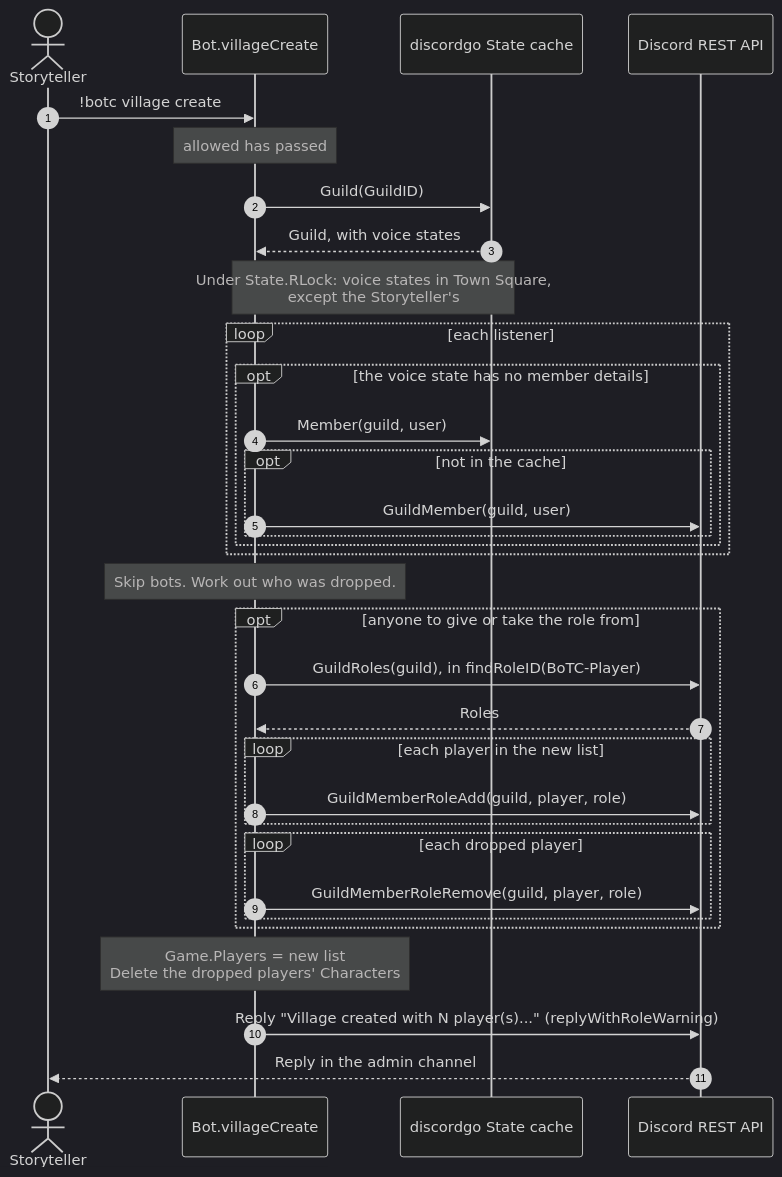
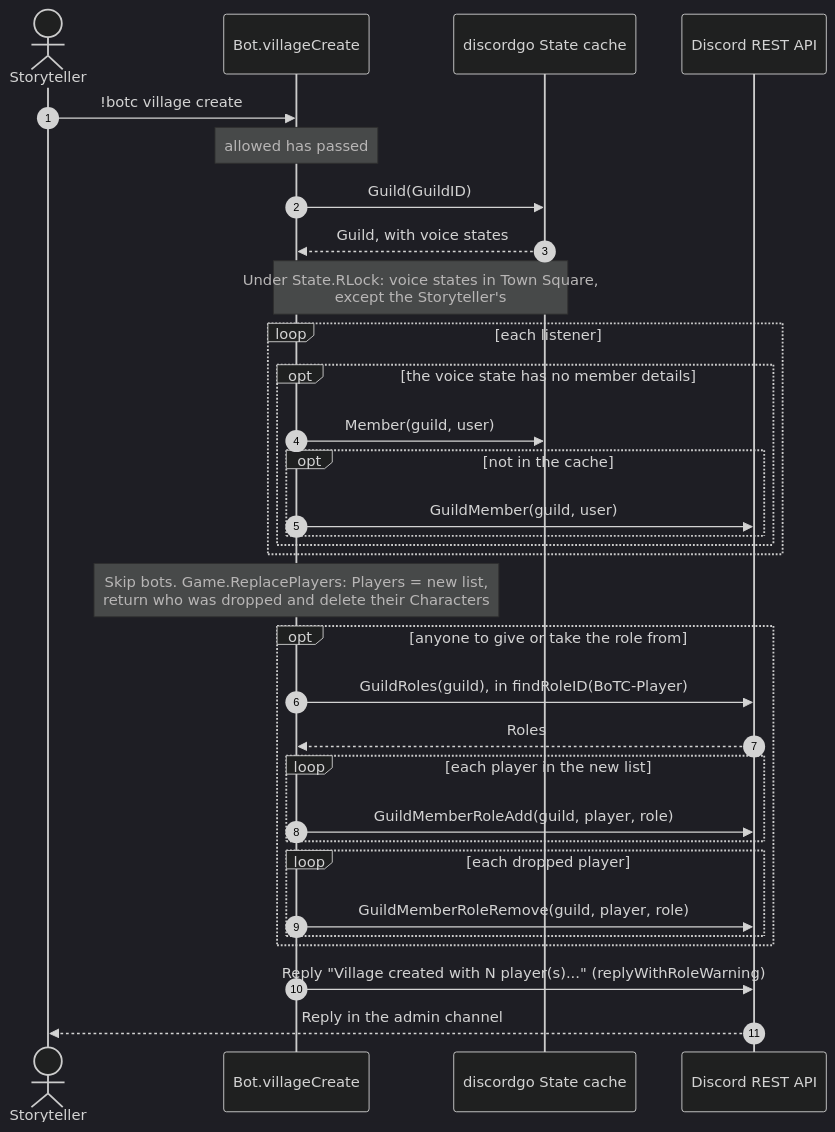
The third of 5 diagrams in docs/uml/village.md (RAGNOARAKNOS/BotOnTheClocktower), drawn with Mermaid (dark theme) before and after one commit. The commit also changed other lines of this file and 9 other files, not shown here.

````diff
--- a/docs/uml/village.md
+++ b/docs/uml/village.md
@@ -54,36 +53,35 @@
 ```mermaid
 sequenceDiagram
     autonumber
     actor ST as Storyteller
     participant Bot as Bot.villageCreate
     participant State as discordgo State cache
     participant REST as Discord REST API
 
     ST->>Bot: !botc village create
     Note over Bot: allowed has passed
     Bot->>State: Guild(GuildID)
     State-->>Bot: Guild, with voice states
     Note over Bot,State: Under State.RLock: voice states in Town Square,<br/>except the Storyteller's
     loop each listener
         opt the voice state has no member details
             Bot->>State: Member(guild, user)
             opt not in the cache
                 Bot->>REST: GuildMember(guild, user)
             end
         end
     end
-    Note over Bot: Skip bots. Work out who was dropped.
+    Note over Bot: Skip bots. Game.ReplacePlayers: Players = new list,<br/>return who was dropped and delete their Characters
     opt anyone to give or take the role from
         Bot->>REST: GuildRoles(guild), in findRoleID(BoTC-Player)
         REST-->>Bot: Roles
         loop each player in the new list
             Bot->>REST: GuildMemberRoleAdd(guild, player, role)
         end
         loop each dropped player
             Bot->>REST: GuildMemberRoleRemove(guild, player, role)
         end
     end
-    Note over Bot: Game.Players = new list<br/>Delete the dropped players' Characters
     Bot->>REST: Reply "Village created with N player(s)..." (replyWithRoleWarning)
     REST-->>ST: Reply in the admin channel
 ```
````
